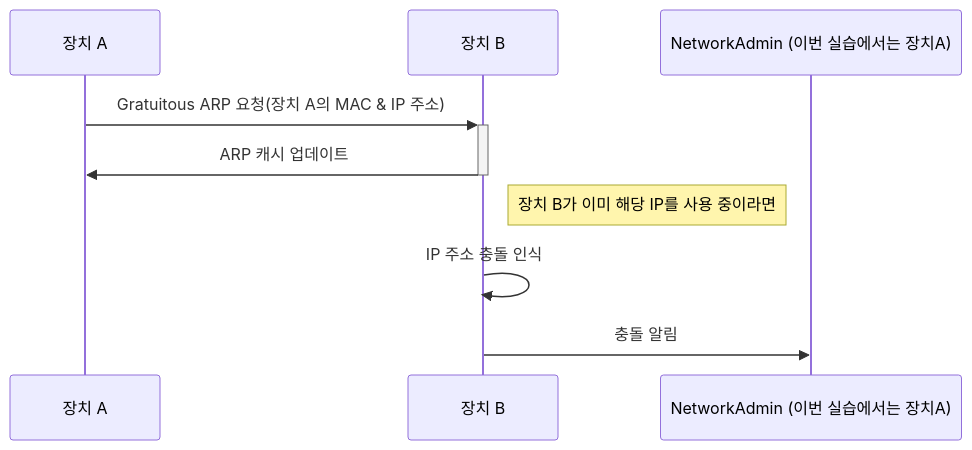
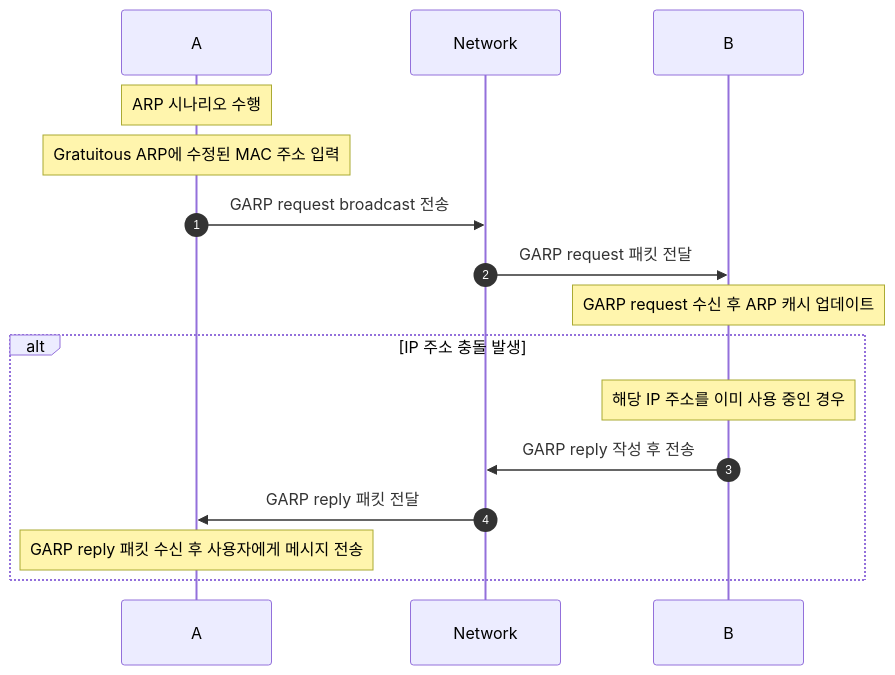
Before and after one commit to troymerai/2023CN_ARPWithMFC: the diagram in GARP_final/README.md, drawn with Mermaid. The commit also changed other lines of this file, not shown here.

````diff
--- a/GARP_final/README.md
+++ b/GARP_final/README.md
@@ -11,11 +12,19 @@
 ```mermaid
 sequenceDiagram
-    participant DeviceA as 장치 A
-    participant DeviceB as 장치 B
+		autonumber
+    participant HostA as A
+    participant Network as Network
+    participant HostB as B
 
-    DeviceA->>+DeviceB: Gratuitous ARP 요청(장치 A의 MAC & IP 주소)
-    DeviceB->>-DeviceA: ARP 캐시 업데이트
-    Note right of DeviceB: 장치 B가 이미 해당 IP를 사용 중이라면
-    DeviceB->>DeviceB: IP 주소 충돌 인식
-    DeviceB->>NetworkAdmin (이번 실습에서는 장치A): 충돌 알림
+    Note over HostA: ARP 시나리오 수행
+    Note over HostA: Gratuitous ARP에 수정된 MAC 주소 입력
+    HostA->>Network: GARP request broadcast 전송
+    Network->>HostB: GARP request 패킷 전달
+    Note over HostB: GARP request 수신 후 ARP 캐시 업데이트
+    alt IP 주소 충돌 발생
+        Note over HostB: 해당 IP 주소를 이미 사용 중인 경우
+        HostB->>Network: GARP reply 작성 후 전송
+        Network->>HostA: GARP reply 패킷 전달
+        Note over HostA: GARP reply 패킷 수신 후 사용자에게 메시지 전송
+    end
 ```
````
